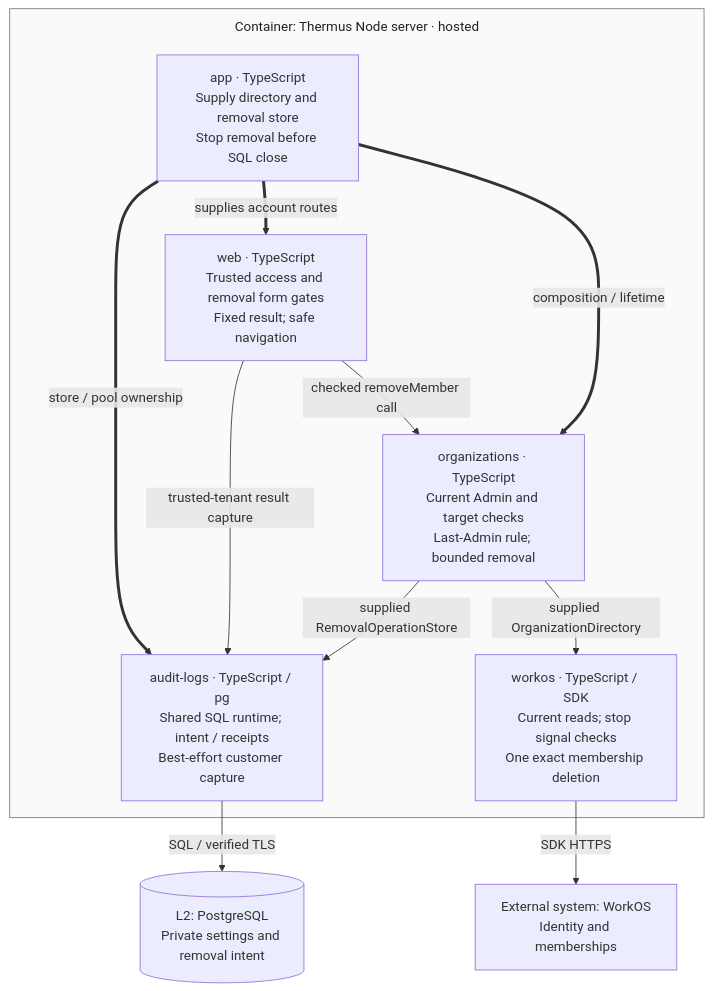
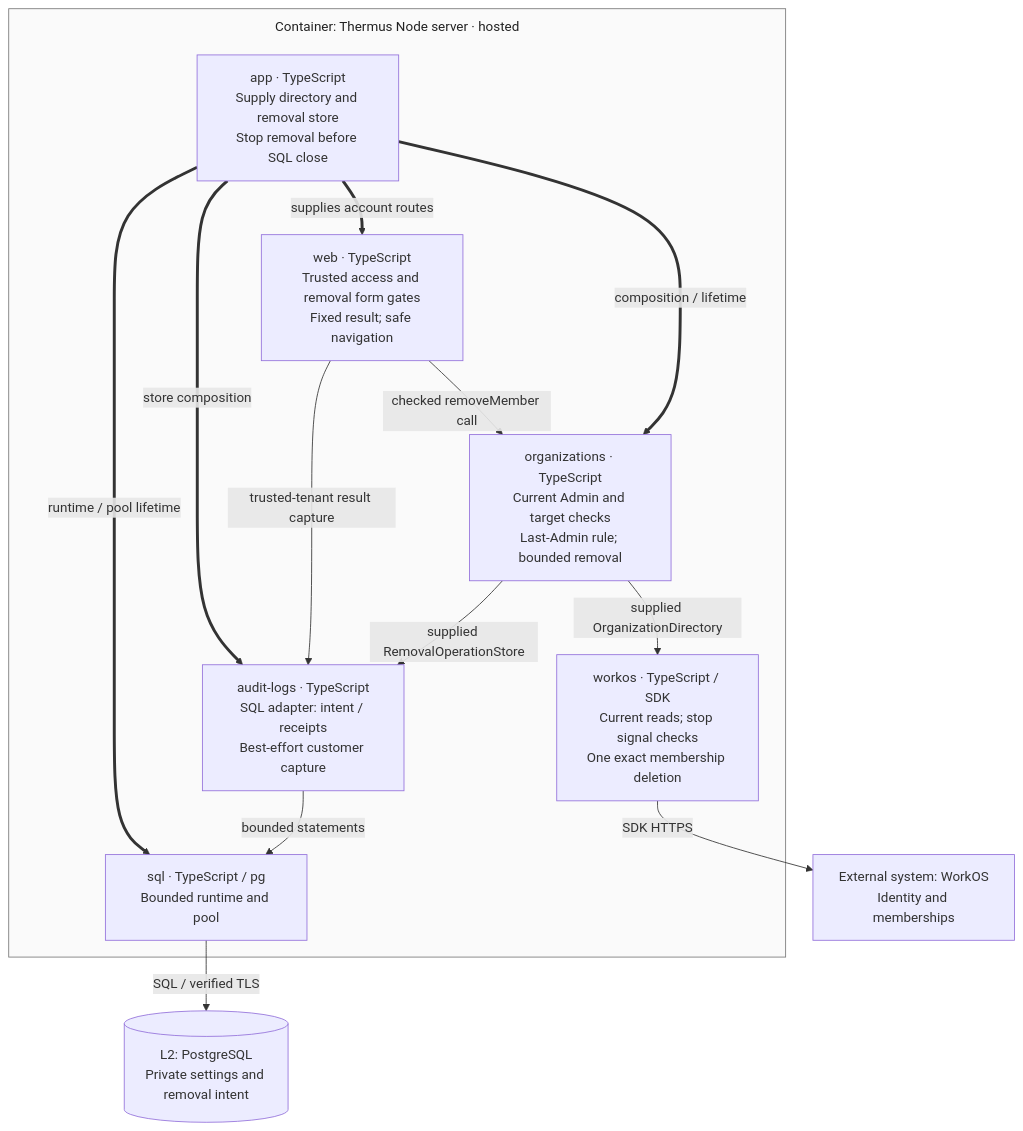
One commit to tomer-mayara/Thermus changed the sixth of 16 diagrams in architecture/components.md. Above: the diagram before and after it, drawn with Mermaid. The commit also changed other lines of this file and 43 other files, not shown here.

First line of the commit message:
Add the tenant registry, its three tables, and the shared SQL owner (SO-04) (#279)

````diff
--- a/architecture/components.md
+++ b/architecture/components.md
@@ -265,23 +267,26 @@
 ```mermaid
 %%{init: {"flowchart": {"wrappingWidth": 180, "nodeSpacing": 45, "rankSpacing": 40, "subGraphTitleMargin": {"top": 10, "bottom": 25}}}}%%
 flowchart TB
   subgraph removal_server["Container: Thermus Node server · hosted"]
     removal_web["web · TypeScript<br/>Trusted access and removal form gates<br/>Fixed result; safe navigation"]
     removal_app["app · TypeScript<br/>Supply directory and removal store<br/>Stop removal before SQL close"]
     removal_org["organizations · TypeScript<br/>Current Admin and target checks<br/>Last-Admin rule; bounded removal"]
-    removal_audit["audit-logs · TypeScript / pg<br/>Shared SQL runtime; intent / receipts<br/>Best-effort customer capture"]
+    removal_audit["audit-logs · TypeScript<br/>SQL adapter: intent / receipts<br/>Best-effort customer capture"]
+    removal_sql["sql · TypeScript / pg<br/>Bounded runtime and pool"]
     removal_workos["workos · TypeScript / SDK<br/>Current reads; stop signal checks<br/>One exact membership deletion"]
     removal_app ==>|supplies account routes| removal_web
     removal_web -->|checked removeMember call| removal_org
     removal_app ==>|composition / lifetime| removal_org
-    removal_app ==>|store / pool ownership| removal_audit
+    removal_app ==>|store composition| removal_audit
+    removal_app ==>|runtime / pool lifetime| removal_sql
     removal_web -->|trusted-tenant result capture| removal_audit
     removal_org -->|supplied RemovalOperationStore| removal_audit
+    removal_audit -->|bounded statements| removal_sql
     removal_org -->|supplied OrganizationDirectory| removal_workos
   end
   removal_db[("L2: PostgreSQL<br/>Private settings and removal intent")]
   removal_provider["External system: WorkOS<br/>Identity and memberships"]
-  removal_audit -->|SQL / verified TLS| removal_db
+  removal_sql -->|SQL / verified TLS| removal_db
   removal_workos -->|SDK HTTPS| removal_provider
   style removal_server fill:#fafafa,stroke:#777777,color:#222222
 ```
````
